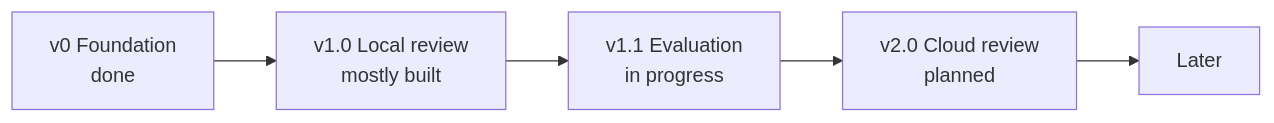
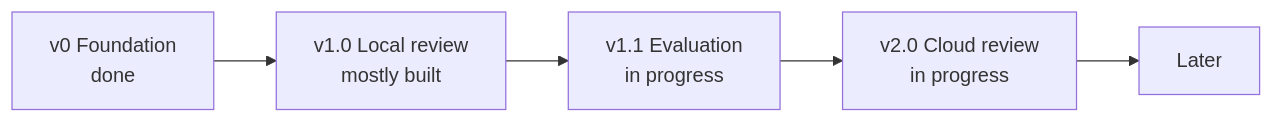
One commit to Pleasurecruise/eyeful changed the diagram in docs/ROADMAP.md. Above: the diagram before and after it, drawn with Mermaid. The commit also changed other lines of this file and 96 other files, not shown here.

````diff
--- a/docs/ROADMAP.md
+++ b/docs/ROADMAP.md
@@ -7,7 +7,7 @@
 ```mermaid
 flowchart LR
     v0["v0 Foundation<br/>done"] --> v1["v1.0 Local review<br/>mostly built"]
     v1 --> v11["v1.1 Evaluation<br/>in progress"]
-    v11 --> v2["v2.0 Cloud review<br/>planned"]
+    v11 --> v2["v2.0 Cloud review<br/>in progress"]
     v2 --> later["Later"]
 ```
````
